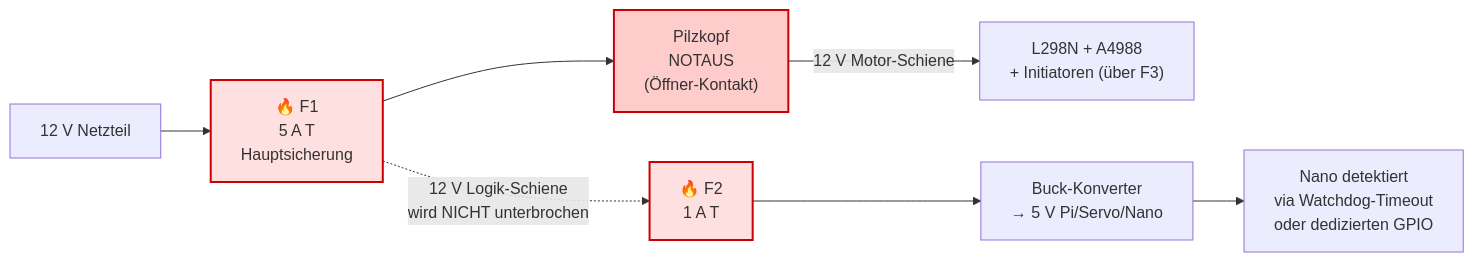
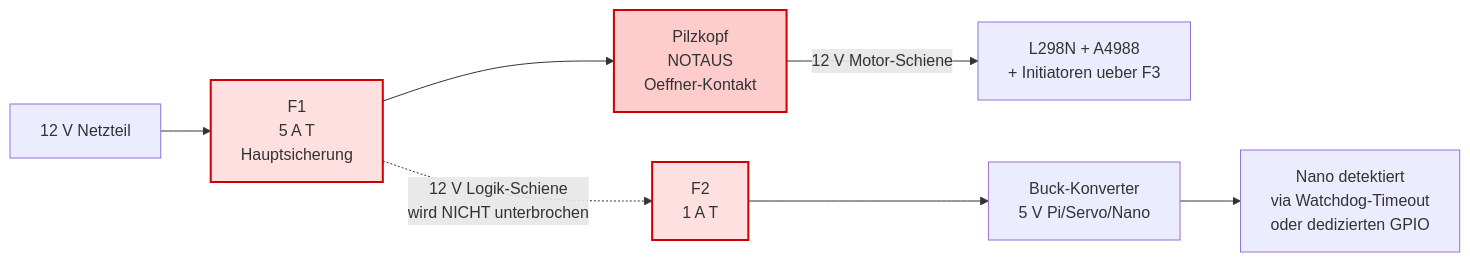
The third of 3 diagrams in docs/wiring.md (JohnsonRepo/stopf), drawn with Mermaid before and after one commit. The commit also changed other lines of this file, not shown here.

First line of the commit message:
fix(docs): Mermaid-Diagramme GitHub-kompatibel machen

````diff
--- a/docs/wiring.md
+++ b/docs/wiring.md
@@ -335,15 +335,15 @@
 ```mermaid
 flowchart LR
-    PSU["12 V Netzteil"] --> F1["🔥 F1<br/>5 A T<br/>Hauptsicherung"]
-    F1 --> SW["Pilzkopf<br/>NOTAUS<br/>(Öffner-Kontakt)"]
-    SW -->|12 V Motor-Schiene| LOAD["L298N + A4988<br/>+ Initiatoren (über F3)"]
+    PSU["12 V Netzteil"] --> F1["F1<br/>5 A T<br/>Hauptsicherung"]
+    F1 --> SW["Pilzkopf<br/>NOTAUS<br/>Oeffner-Kontakt"]
+    SW -->|12 V Motor-Schiene| LOAD["L298N + A4988<br/>+ Initiatoren ueber F3"]
 
-    F1 -.->|12 V Logik-Schiene<br/>wird NICHT unterbrochen| F2["🔥 F2<br/>1 A T"]
-    F2 --> BUCK["Buck-Konverter<br/>→ 5 V Pi/Servo/Nano"]
+    F1 -.->|12 V Logik-Schiene<br/>wird NICHT unterbrochen| F2["F2<br/>1 A T"]
+    F2 --> BUCK["Buck-Konverter<br/>5 V Pi/Servo/Nano"]
     BUCK --> NANO["Nano detektiert<br/>via Watchdog-Timeout<br/>oder dedizierten GPIO"]
 
     classDef warn fill:#ffcccc,stroke:#cc0000,stroke-width:2px;
     classDef fuse fill:#ffe0e0,stroke:#cc0000,stroke-width:2px;
     class SW warn;
     class F1,F2 fuse;
 ```
````
